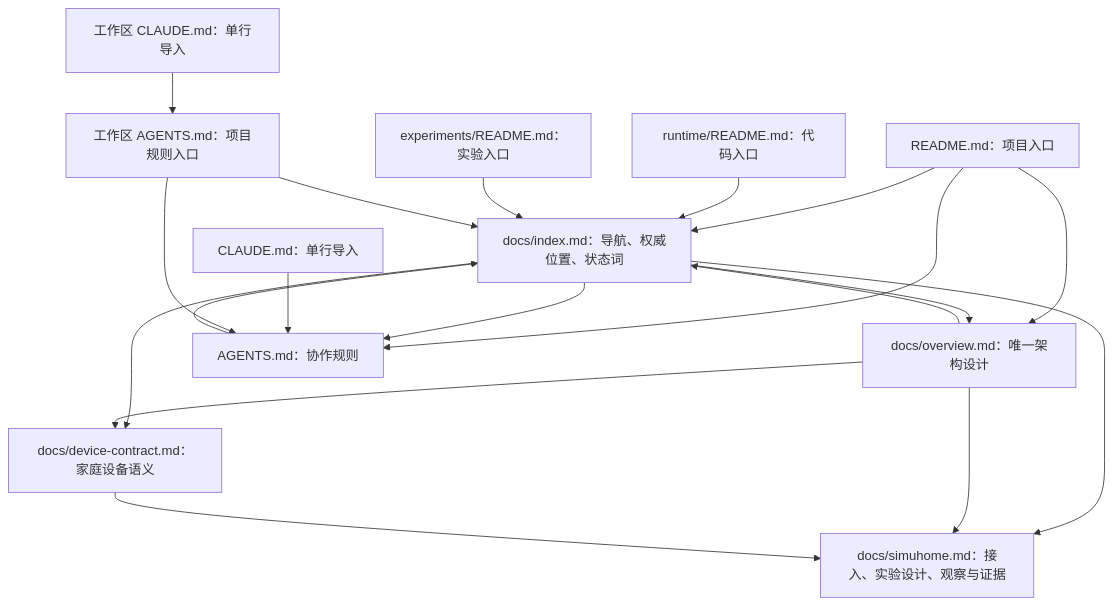
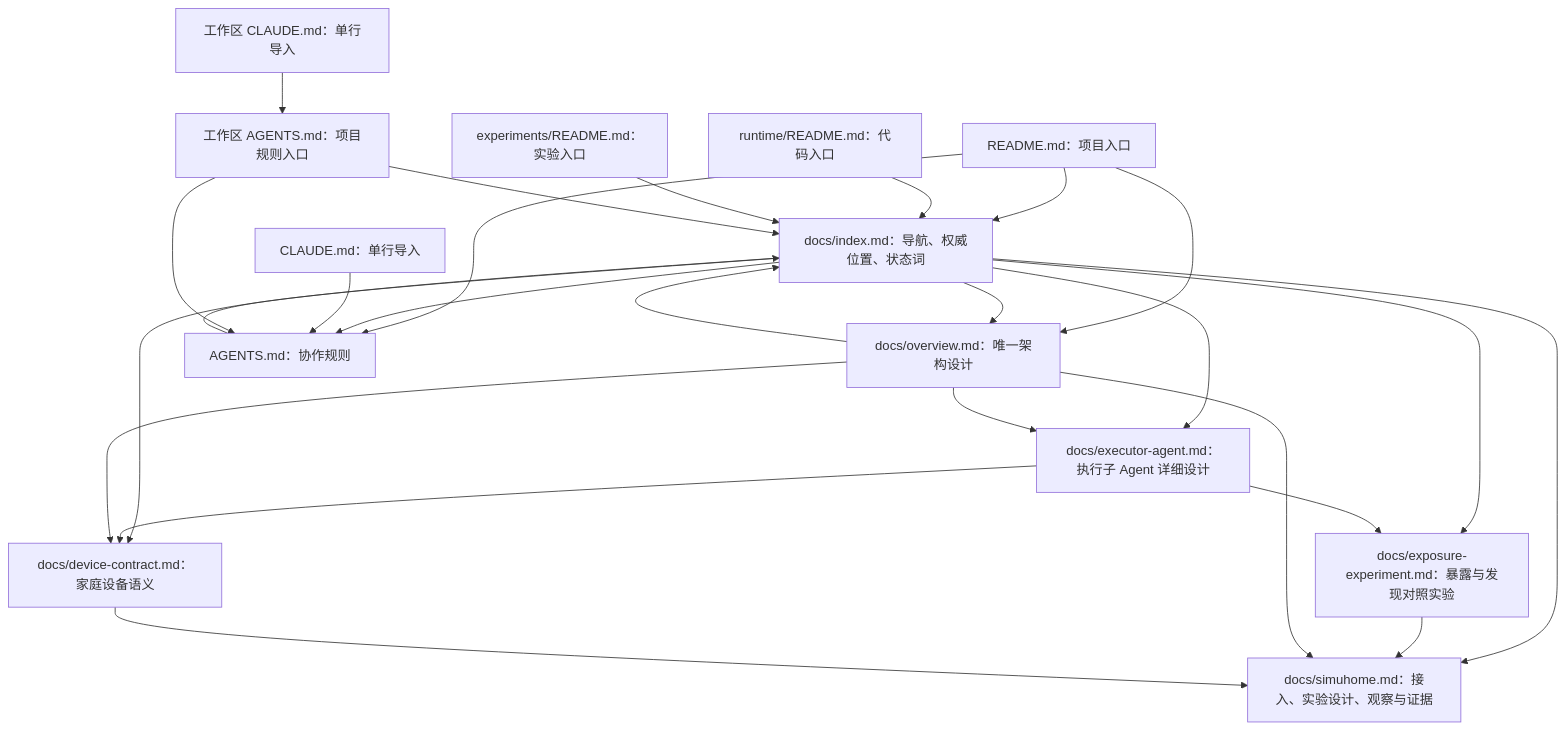
Before and after one commit to hongyue0721/home_agent: the diagram in docs/index.md, drawn with Mermaid. The commit also changed other lines of this file and 5 other files, not shown here.

First line of the commit message:
docs(experiment): 设计执行子 Agent 与暴露发现对照实验

````diff
--- a/docs/index.md
+++ b/docs/index.md
@@ -20,21 +21,27 @@
 ```mermaid
 flowchart TD
     README[README.md：项目入口] --> INDEX[docs/index.md：导航、权威位置、状态词]
     README --> OVERVIEW[docs/overview.md：唯一架构设计]
     README --> AGENTS[AGENTS.md：协作规则]
     INDEX --> OVERVIEW
     INDEX --> AGENTS
     INDEX --> CONTRACT[docs/device-contract.md：家庭设备语义]
     INDEX --> SIMUHOME[docs/simuhome.md：接入、实验设计、观察与证据]
+    INDEX --> EXECUTOR[docs/executor-agent.md：执行子 Agent 详细设计]
+    INDEX --> EXPOSURE[docs/exposure-experiment.md：暴露与发现对照实验]
+    OVERVIEW --> EXECUTOR
+    EXECUTOR --> CONTRACT
+    EXECUTOR --> EXPOSURE
+    EXPOSURE --> SIMUHOME
     OVERVIEW --> CONTRACT
     OVERVIEW --> SIMUHOME
     CONTRACT --> SIMUHOME
     RUNTIME_README[runtime/README.md：代码入口] --> INDEX
     EXPERIMENT_README[experiments/README.md：实验入口] --> INDEX
     OVERVIEW --> INDEX
     AGENTS --> INDEX
     CLAUDE[CLAUDE.md：单行导入] --> AGENTS
     WORKSPACE_CLAUDE[工作区 CLAUDE.md：单行导入] --> WORKSPACE_AGENTS[工作区 AGENTS.md：项目规则入口]
     WORKSPACE_AGENTS --> AGENTS
     WORKSPACE_AGENTS --> INDEX
 ```
````
